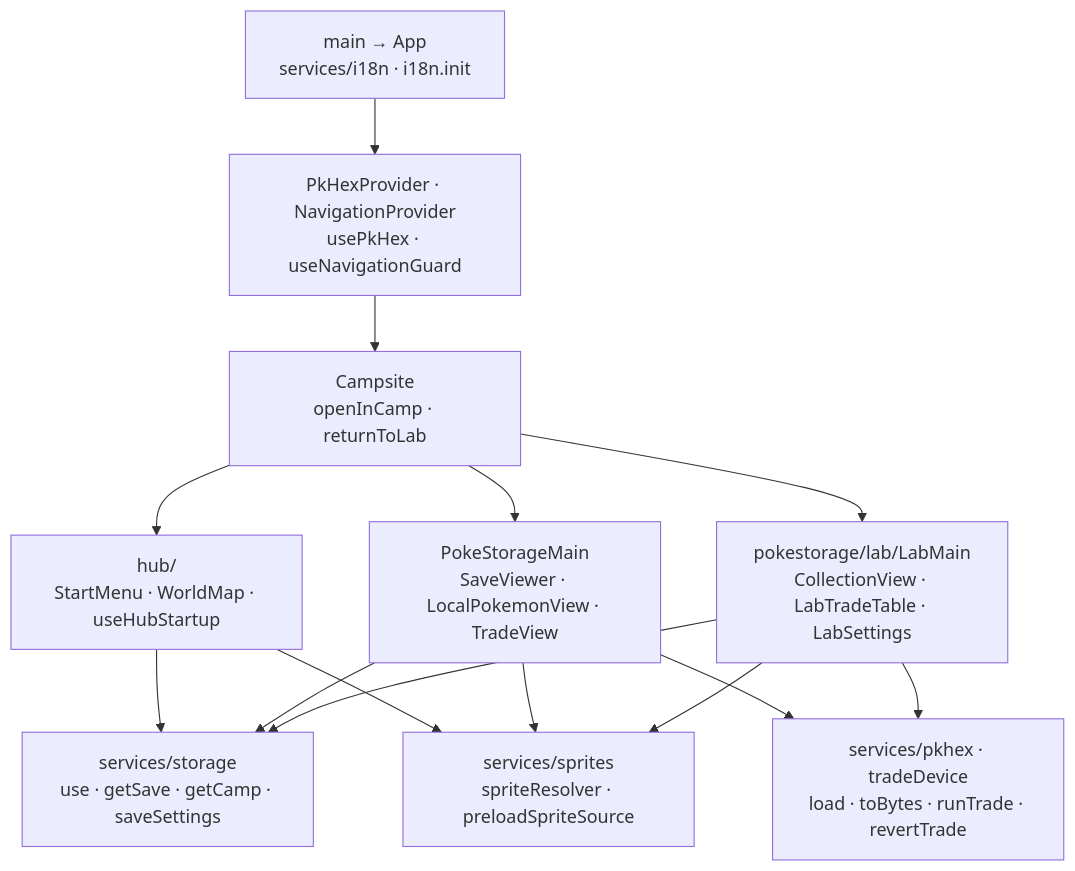
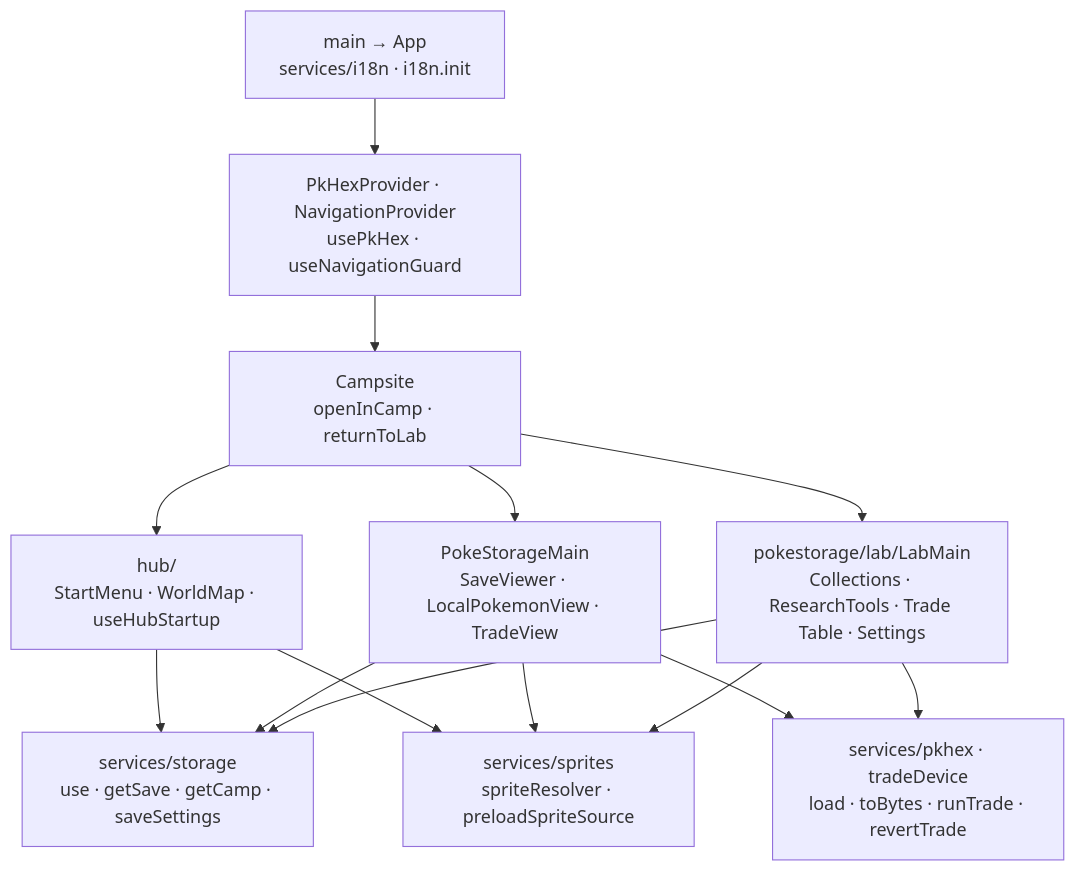
The diagram in ARCHITECTURE.md (MercuryEnigma/pkcamp), drawn with Mermaid before and after one commit. The commit also changed other lines of this file and 133 other files, not shown here.

Commit message:
Add tons of QoL and various tools in the Lab Zone!

````diff
--- a/ARCHITECTURE.md
+++ b/ARCHITECTURE.md
@@ -17,11 +16,11 @@
 ```mermaid
 flowchart TB
   Entry["main → App<br/>services/i18n · i18n.init"] --> Providers["PkHexProvider · NavigationProvider<br/>usePkHex · useNavigationGuard"]
   Providers --> Shell["Campsite<br/>openInCamp · returnToLab"]
   Shell --> Hub["hub/<br/>StartMenu · WorldMap · useHubStartup"]
   Shell --> Camp["PokeStorageMain<br/>SaveViewer · LocalPokemonView · TradeView"]
-  Shell --> Lab["pokestorage/lab/LabMain<br/>CollectionView · LabTradeTable · LabSettings"]
+  Shell --> Lab["pokestorage/lab/LabMain<br/>Collections · ResearchTools · Trade Table · Settings"]
   Hub & Camp & Lab --> Storage["services/storage<br/>use · getSave · getCamp · saveSettings"]
   Camp & Lab --> Data["services/pkhex · tradeDevice<br/>load · toBytes · runTrade · revertTrade"]
   Hub & Camp & Lab --> Sprites["services/sprites<br/>spriteResolver · preloadSpriteSource"]
 ```
````
